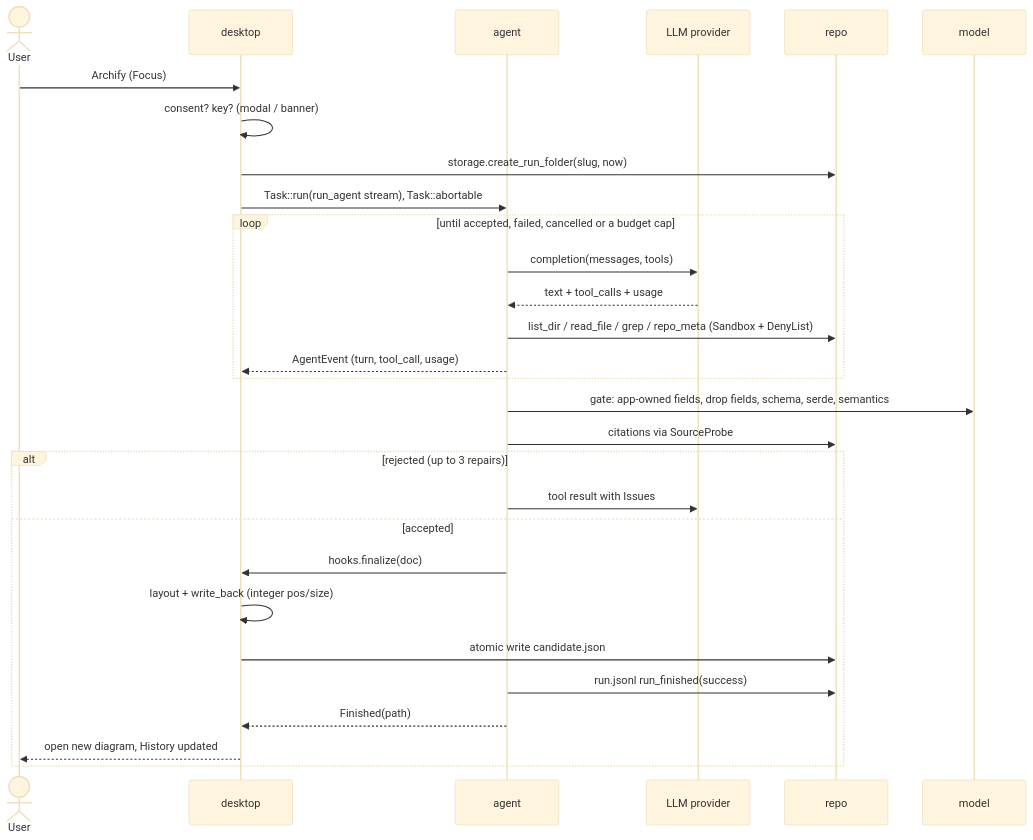
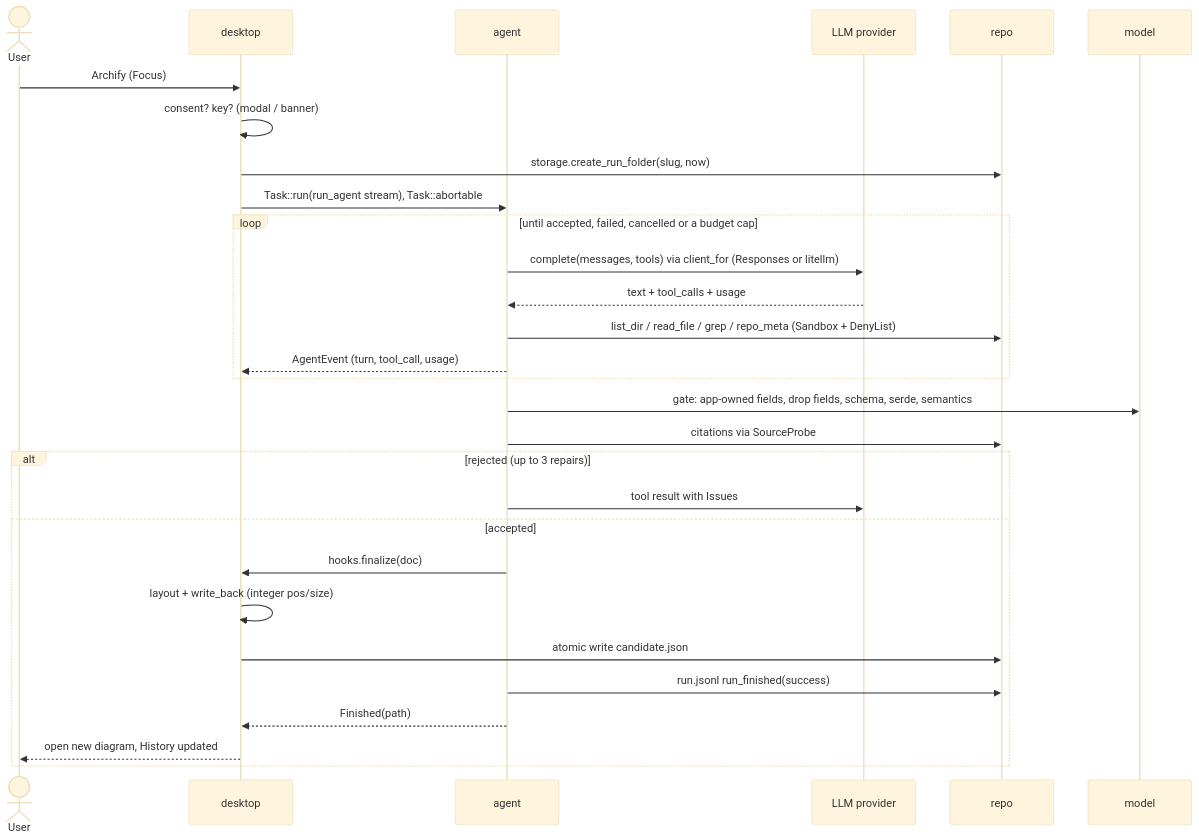
Before and after one commit to xplus2g4/sustain-prototype: the fourth of 6 diagrams in docs/architecture.md, drawn with Mermaid (base theme). The commit also changed other lines of this file and 47 other files, not shown here.

````diff
--- a/docs/architecture.md
+++ b/docs/architecture.md
@@ -256,31 +271,31 @@
 ```mermaid
 sequenceDiagram
   actor U as User
   participant D as desktop
   participant A as agent
   participant P as LLM provider
   participant R as repo
   participant M as model
   U->>D: Archify (Focus)
   D->>D: consent? key? (modal / banner)
   D->>R: storage.create_run_folder(slug, now)
   D->>A: Task::run(run_agent stream), Task::abortable
   loop until accepted, failed, cancelled or a budget cap
-    A->>P: completion(messages, tools)
+    A->>P: complete(messages, tools) via client_for (Responses or litellm)
     P-->>A: text + tool_calls + usage
     A->>R: list_dir / read_file / grep / repo_meta (Sandbox + DenyList)
     A-->>D: AgentEvent (turn, tool_call, usage)
   end
   A->>M: gate: app-owned fields, drop fields, schema, serde, semantics
   A->>R: citations via SourceProbe
   alt rejected (up to 3 repairs)
     A->>P: tool result with Issues
   else accepted
     A->>D: hooks.finalize(doc)
     D->>D: layout + write_back (integer pos/size)
     D->>R: atomic write candidate.json
     A->>R: run.jsonl run_finished(success)
     A-->>D: Finished(path)
     D-->>U: open new diagram, History updated
   end
 ```
````
